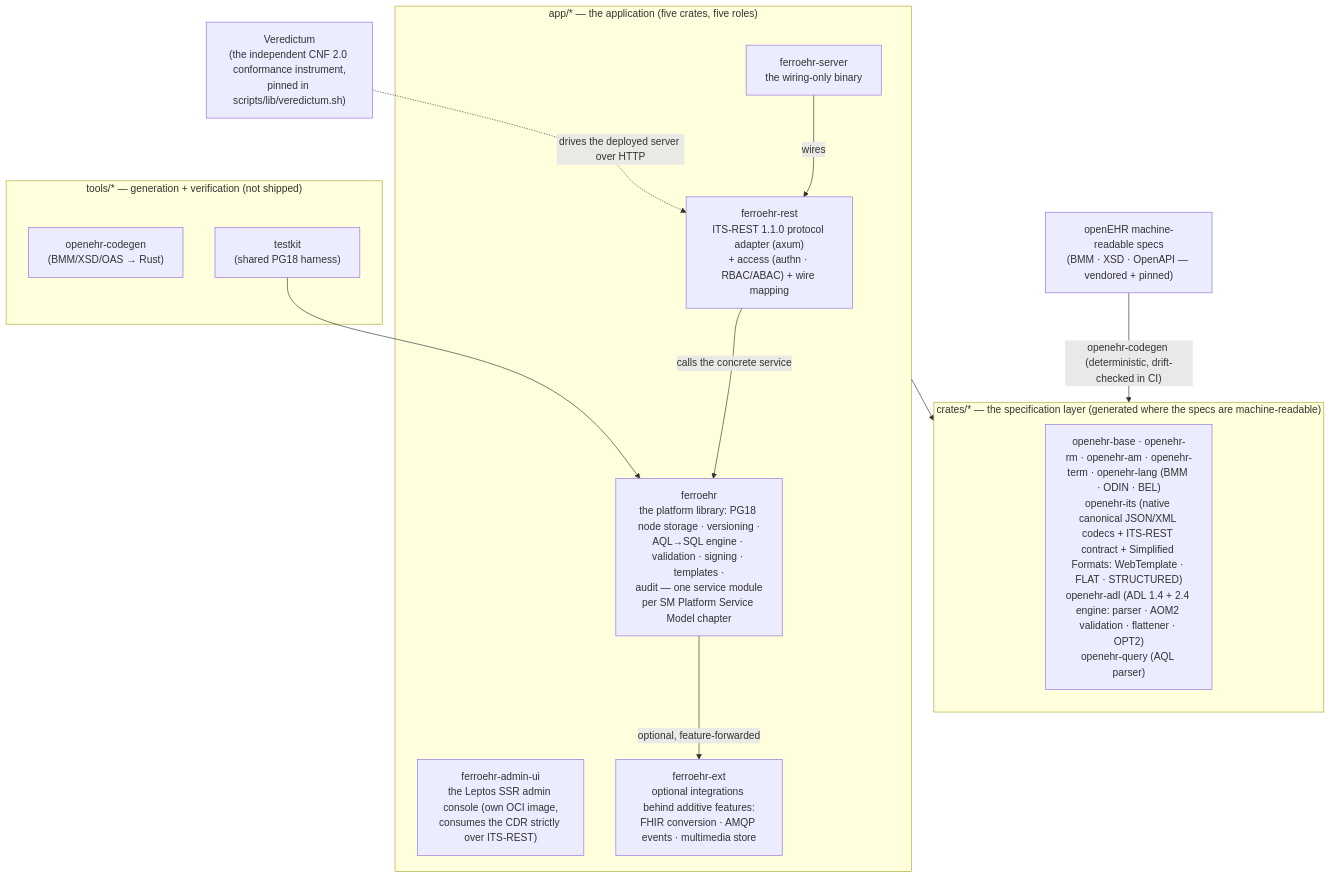
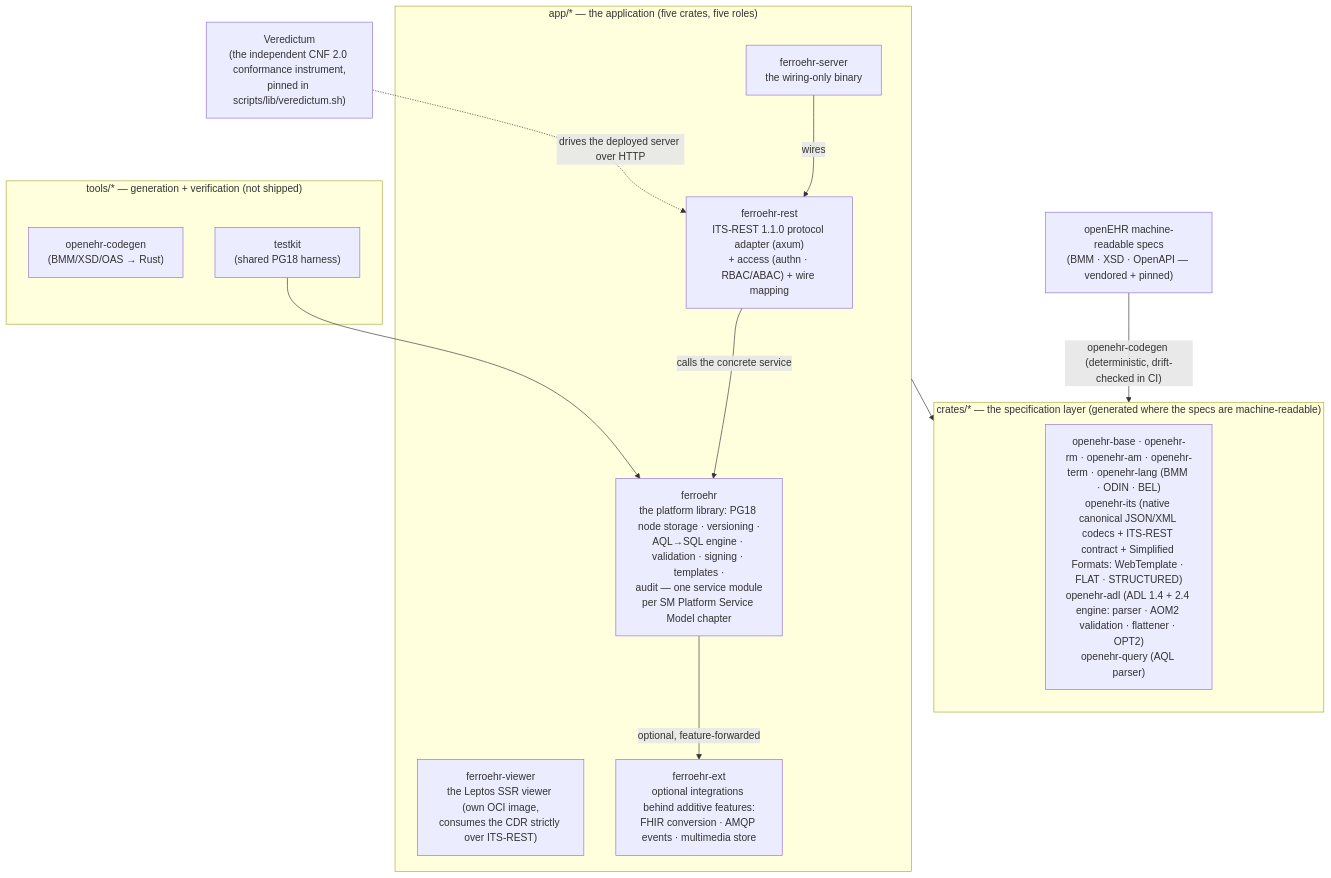
One commit to rubentalstra/FerroEHR changed the diagram in README.md. Above: the diagram before and after it, drawn with Mermaid. The commit also changed other lines of this file and 478 other files, not shown here.

First line of the commit message:
feat(viewer): rename the admin console to FerroEHR Viewer (#3011)

````diff
--- a/README.md
+++ b/README.md
@@ -381,31 +381,31 @@
 ```mermaid
 flowchart TB
     specs["openEHR machine-readable specs<br/>(BMM · XSD · OpenAPI — vendored + pinned)"]
 
     subgraph crates ["crates/* — the specification layer (generated where the specs are machine-readable)"]
         openehr["openehr-base · openehr-rm · openehr-am · openehr-term · openehr-lang (BMM · ODIN · BEL)<br/>openehr-its (native canonical JSON/XML codecs + ITS-REST contract + Simplified Formats: WebTemplate · FLAT · STRUCTURED)<br/>openehr-adl (ADL 1.4 + 2.4 engine: parser · AOM2 validation · flattener · OPT2)<br/>openehr-query (AQL parser)"]
     end
 
     subgraph app ["app/* — the application (five crates, five roles)"]
         rest["ferroehr-rest<br/>ITS-REST 1.1.0 protocol adapter (axum)<br/>+ access (authn · RBAC/ABAC) + wire mapping"]
         core["ferroehr<br/>the platform library: PG18 node storage · versioning ·<br/>AQL→SQL engine · validation · signing · templates ·<br/>audit — one service module<br/>per SM Platform Service Model chapter"]
         bin["ferroehr-server<br/>the wiring-only binary"]
-        adminui["ferroehr-admin-ui<br/>the Leptos SSR admin console (own OCI image,<br/>consumes the CDR strictly over ITS-REST)"]
+        viewer["ferroehr-viewer<br/>the Leptos SSR viewer (own OCI image,<br/>consumes the CDR strictly over ITS-REST)"]
         ext["ferroehr-ext<br/>optional integrations behind additive features:<br/>FHIR conversion · AMQP events · multimedia store"]
     end
 
     subgraph tools ["tools/* — generation + verification (not shipped)"]
         codegen["openehr-codegen<br/>(BMM/XSD/OAS → Rust)"]
         testkit["testkit<br/>(shared PG18 harness)"]
     end
 
     conf["Veredictum<br/>(the independent CNF 2.0 conformance instrument,<br/>pinned in scripts/lib/veredictum.sh)"]
 
     specs -- "openehr-codegen (deterministic, drift-checked in CI)" --> crates
     bin -- "wires" --> rest
     rest -- "calls the concrete service" --> core
     core -- "optional, feature-forwarded" --> ext
     app --> crates
     conf -. "drives the deployed server over HTTP" .-> rest
     testkit --> core
 ```
````
